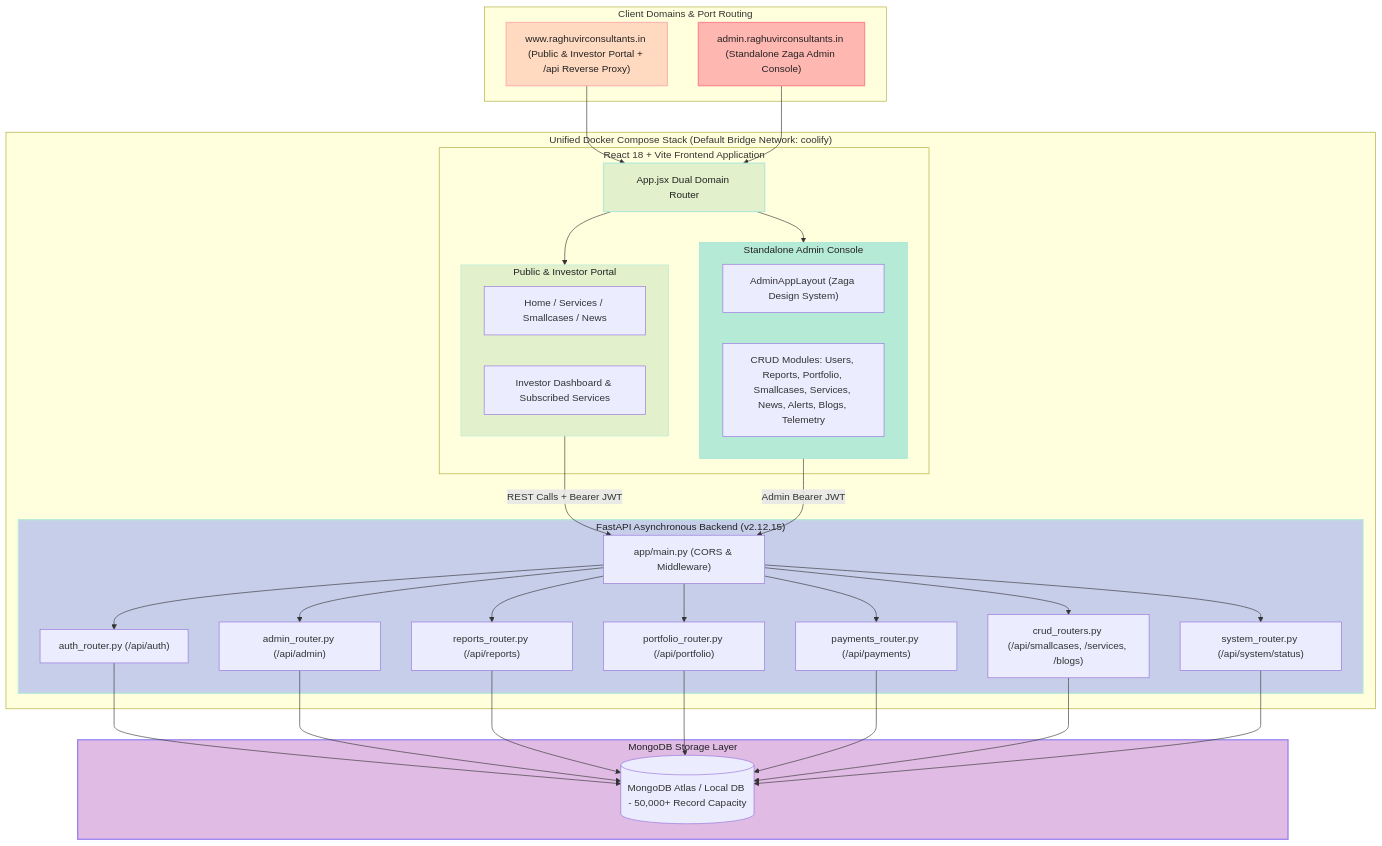
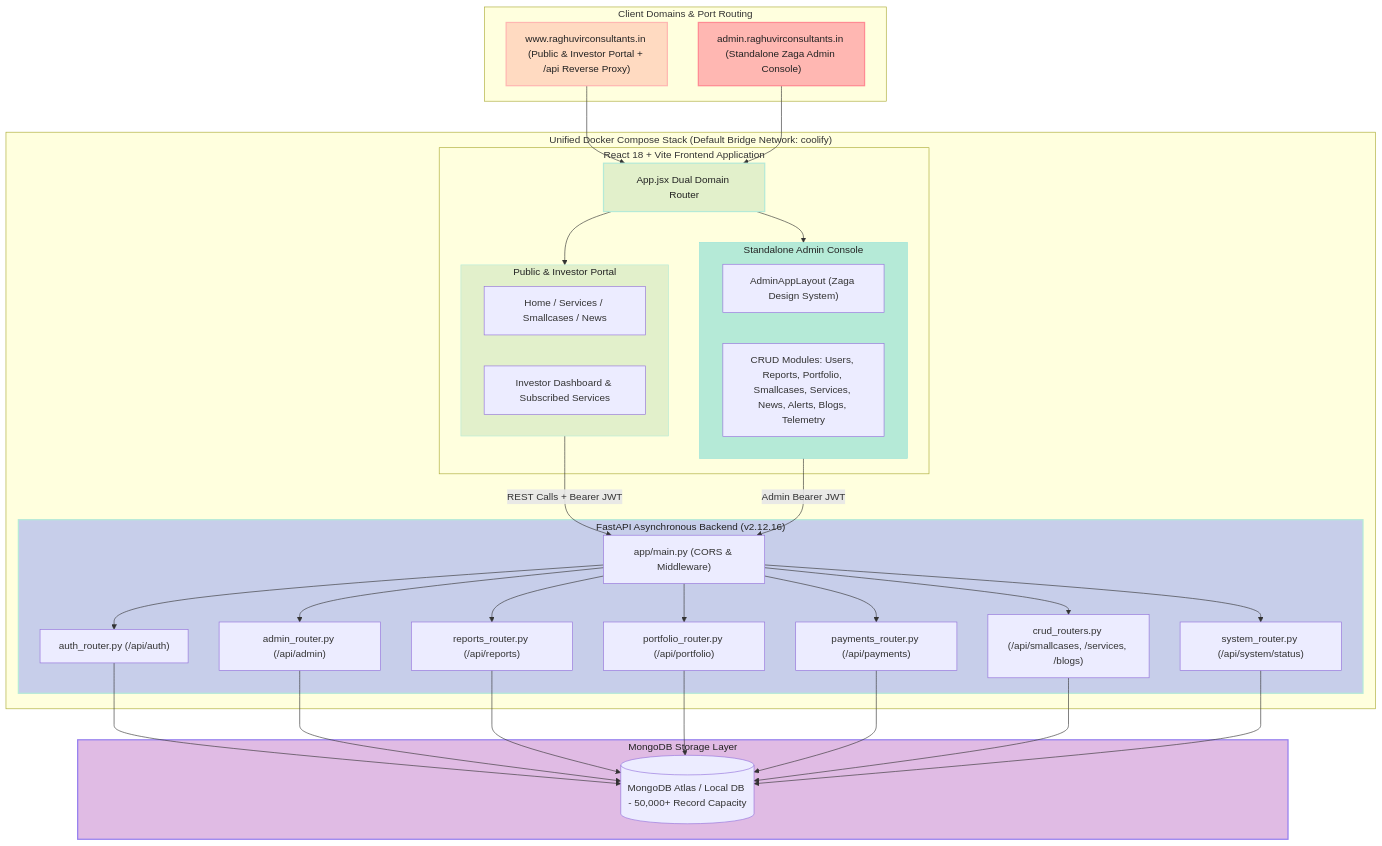
The first of 2 diagrams in backend/docs/ARCHITECTURE.md (tejasrsuthar/raghuvirconsultants-site), drawn with Mermaid before and after one commit. The commit also changed other lines of this file and 9 other files, not shown here.

````diff
--- a/backend/docs/ARCHITECTURE.md
+++ b/backend/docs/ARCHITECTURE.md
@@ -14,72 +14,72 @@
 ```mermaid
 graph TD
     subgraph ClientDomains["Client Domains & Port Routing"]
         PublicDomain["www.raghuvirconsultants.in (Public & Investor Portal + /api Reverse Proxy)"]
         AdminDomain["admin.raghuvirconsultants.in (Standalone Zaga Admin Console)"]
     end
 
     subgraph ComposeStack["Unified Docker Compose Stack (Default Bridge Network: coolify)"]
         subgraph ReactFrontend["React 18 + Vite Frontend Application"]
             AppRouter["App.jsx Dual Domain Router"]
             
             subgraph PublicPortal["Public & Investor Portal"]
               PublicViews["Home / Services / Smallcases / News"]
               InvestorPortal["Investor Dashboard & Subscribed Services"]
             end
 
             subgraph ZagaAdmin["Standalone Admin Console"]
               AdminLayout["AdminAppLayout (Zaga Design System)"]
               AdminModules["CRUD Modules: Users, Reports, Portfolio, Smallcases, Services, News, Alerts, Blogs, Telemetry"]
             end
         end
 
-        subgraph FastAPIServer["FastAPI Asynchronous Backend (v2.12.15)"]
+        subgraph FastAPIServer["FastAPI Asynchronous Backend (v2.12.16)"]
             API["app/main.py (CORS & Middleware)"]
             AuthRouter["auth_router.py (/api/auth)"]
             AdminRouter["admin_router.py (/api/admin)"]
             ReportsRouter["reports_router.py (/api/reports)"]
             PortfolioRouter["portfolio_router.py (/api/portfolio)"]
             PaymentsRouter["payments_router.py (/api/payments)"]
             CRUDRouters["crud_routers.py (/api/smallcases, /services, /blogs)"]
             SystemRouter["system_router.py (/api/system/status)"]
         end
     end
 
     subgraph DataStore["MongoDB Storage Layer"]
         MongoDB[(MongoDB Atlas / Local DB - 50,000+ Record Capacity)]
     end
 
     PublicDomain --> AppRouter
     AdminDomain --> AppRouter
 
     AppRouter --> PublicPortal
     AppRouter --> ZagaAdmin
 
     PublicPortal -->|REST Calls + Bearer JWT| API
     ZagaAdmin -->|Admin Bearer JWT| API
 
     API --> AuthRouter
     API --> AdminRouter
     API --> ReportsRouter
     API --> PortfolioRouter
     API --> PaymentsRouter
     API --> CRUDRouters
     API --> SystemRouter
 
     AuthRouter --> MongoDB
     AdminRouter --> MongoDB
     ReportsRouter --> MongoDB
     PortfolioRouter --> MongoDB
     PaymentsRouter --> MongoDB
     CRUDRouters --> MongoDB
     SystemRouter --> MongoDB
 
     %% Pastel Color Palette Styling
     style PublicDomain fill:#FFDAC1,stroke:#FFB7B2,stroke-width:2px,color:#222;
     style AdminDomain fill:#FFB7B2,stroke:#FF8B94,stroke-width:2px,color:#222;
     style AppRouter fill:#E2F0CB,stroke:#B5EAD7,stroke-width:2px,color:#222;
     style PublicPortal fill:#E2F0CB,stroke:#B5EAD7,stroke-width:1px,color:#222;
     style ZagaAdmin fill:#B5EAD7,stroke:#93E1D8,stroke-width:1px,color:#222;
     style FastAPIServer fill:#C7CEEA,stroke:#B5EAD7,stroke-width:2px,color:#222;
     style DataStore fill:#E0BBE4,stroke:#957FEF,stroke-width:2px,color:#222;
 ```
````
